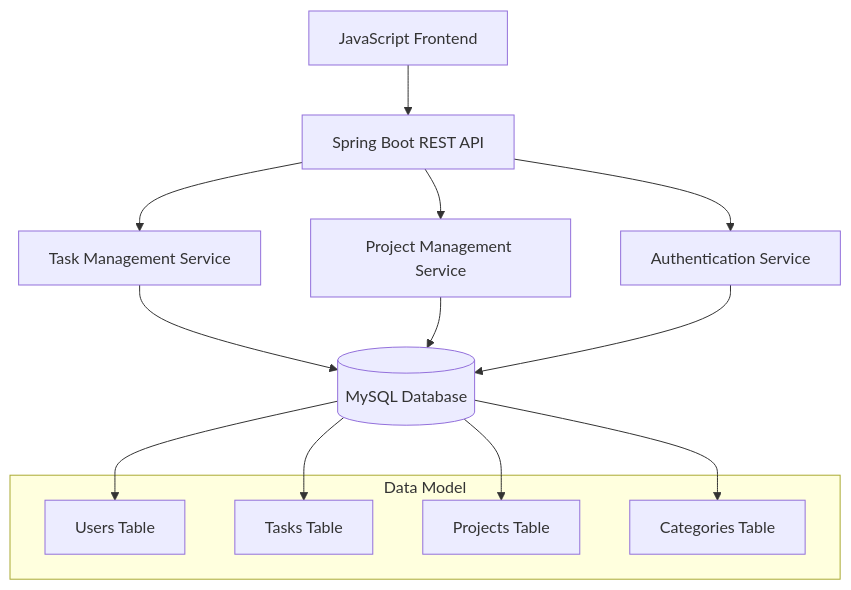
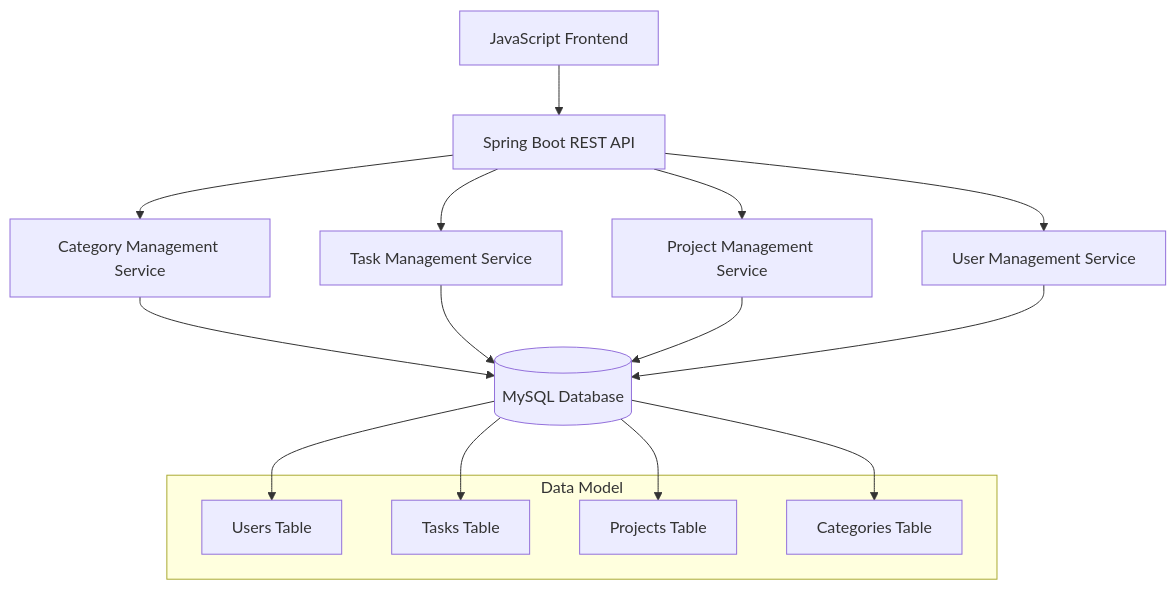
Before and after one commit to BSPQ24-25/BSPQ25-E6: the diagram in README.md, drawn with Mermaid. The commit also changed other lines of this file, not shown here.

````diff
--- a/README.md
+++ b/README.md
@@ -74,22 +73,24 @@
 ```mermaid
 graph TB
     Frontend[JavaScript Frontend] --> API[Spring Boot REST API]
-    API --> Auth[Authentication Service]
+    API --> CategoryService[Category Management Service]
     API --> TaskService[Task Management Service]
     API --> ProjectService[Project Management Service]
-    TaskService --> DB[(MySQL Database)]
+    API --> UserService[User Management Service]
+    CategoryService --> DB[(MySQL Database)]
+    TaskService --> DB
     ProjectService --> DB
-    Auth --> DB
+    UserService --> DB
     
     subgraph "Data Model"
         Users[Users Table]
         Tasks[Tasks Table]
         Projects[Projects Table]
         Categories[Categories Table]
     end
     
     DB --> Users
     DB --> Tasks
     DB --> Projects
     DB --> Categories
 ```
````
